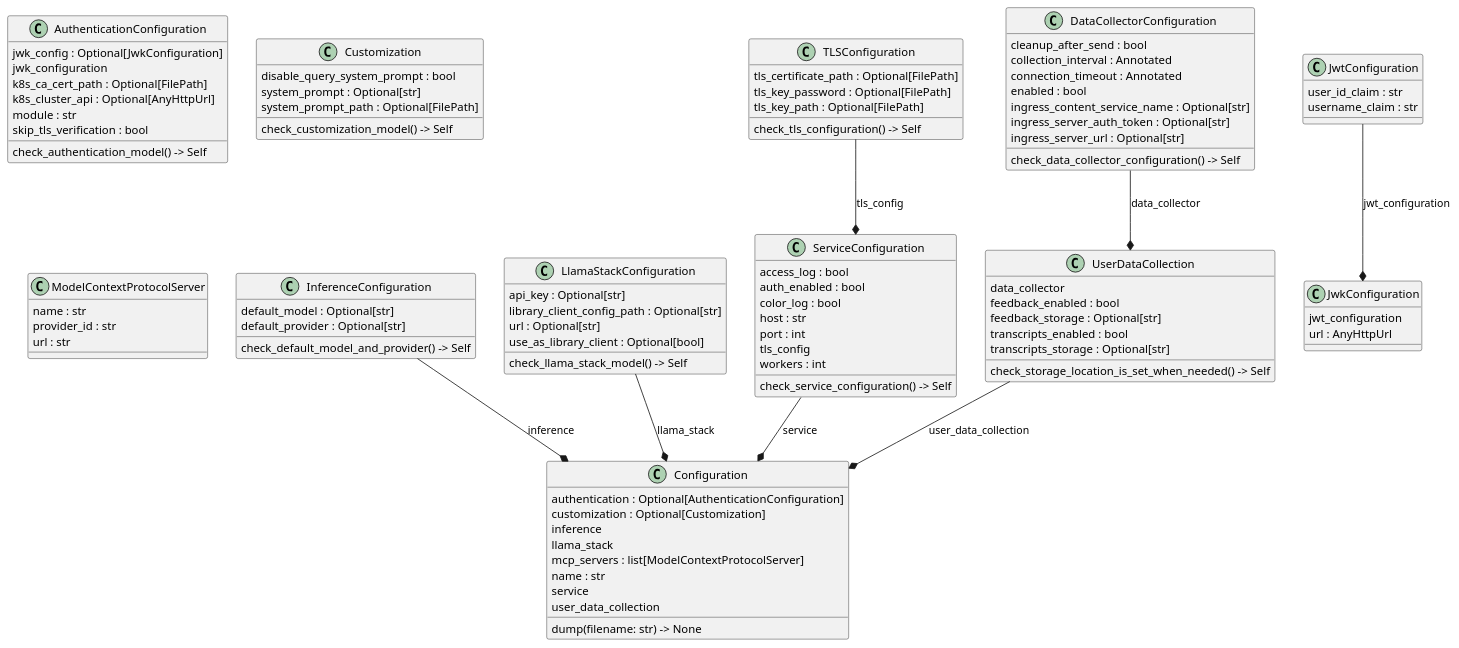
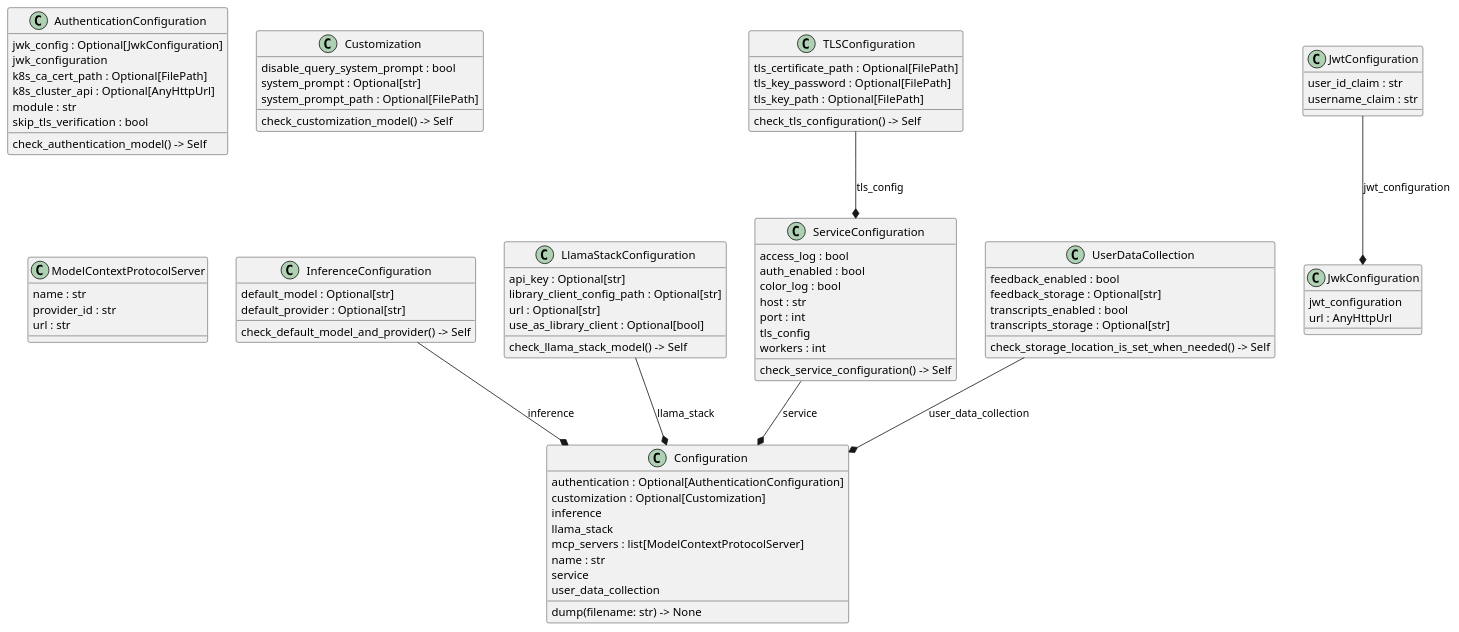
Before and after one commit to zszabo-rh/lightspeed-stack: the diagram in docs/config.puml, drawn with PlantUML. The commit also changed 18 other files, not shown here.

Commit message:
Remove data collector service

```diff
--- a/docs/config.puml
+++ b/docs/config.puml
@@ -1,95 +1,85 @@
 @startuml classes
 set namespaceSeparator none
 class "AuthenticationConfiguration" as src.models.config.AuthenticationConfiguration {
   jwk_config : Optional[JwkConfiguration]
   jwk_configuration
   k8s_ca_cert_path : Optional[FilePath]
   k8s_cluster_api : Optional[AnyHttpUrl]
   module : str
   skip_tls_verification : bool
   check_authentication_model() -> Self
 }
 class "Configuration" as src.models.config.Configuration {
   authentication : Optional[AuthenticationConfiguration]
   customization : Optional[Customization]
   inference
   llama_stack
   mcp_servers : list[ModelContextProtocolServer]
   name : str
   service
   user_data_collection
   dump(filename: str) -> None
 }
 class "Customization" as src.models.config.Customization {
   disable_query_system_prompt : bool
   system_prompt : Optional[str]
   system_prompt_path : Optional[FilePath]
   check_customization_model() -> Self
 }
-class "DataCollectorConfiguration" as src.models.config.DataCollectorConfiguration {
-  cleanup_after_send : bool
-  collection_interval : Annotated
-  connection_timeout : Annotated
-  enabled : bool
-  ingress_content_service_name : Optional[str]
-  ingress_server_auth_token : Optional[str]
-  ingress_server_url : Optional[str]
-  check_data_collector_configuration() -> Self
-}
+
 class "InferenceConfiguration" as src.models.config.InferenceConfiguration {
   default_model : Optional[str]
   default_provider : Optional[str]
   check_default_model_and_provider() -> Self
 }
 class "JwkConfiguration" as src.models.config.JwkConfiguration {
   jwt_configuration
   url : AnyHttpUrl
 }
 class "JwtConfiguration" as src.models.config.JwtConfiguration {
   user_id_claim : str
   username_claim : str
 }
 class "LlamaStackConfiguration" as src.models.config.LlamaStackConfiguration {
   api_key : Optional[str]
   library_client_config_path : Optional[str]
   url : Optional[str]
   use_as_library_client : Optional[bool]
   check_llama_stack_model() -> Self
 }
 class "ModelContextProtocolServer" as src.models.config.ModelContextProtocolServer {
   name : str
   provider_id : str
   url : str
 }
 class "ServiceConfiguration" as src.models.config.ServiceConfiguration {
   access_log : bool
   auth_enabled : bool
   color_log : bool
   host : str
   port : int
   tls_config
   workers : int
   check_service_configuration() -> Self
 }
 class "TLSConfiguration" as src.models.config.TLSConfiguration {
   tls_certificate_path : Optional[FilePath]
   tls_key_password : Optional[FilePath]
   tls_key_path : Optional[FilePath]
   check_tls_configuration() -> Self
 }
 class "UserDataCollection" as src.models.config.UserDataCollection {
-  data_collector
   feedback_enabled : bool
   feedback_storage : Optional[str]
   transcripts_enabled : bool
   transcripts_storage : Optional[str]
   check_storage_location_is_set_when_needed() -> Self
 }
-src.models.config.DataCollectorConfiguration --* src.models.config.UserDataCollection : data_collector
+
 src.models.config.InferenceConfiguration --* src.models.config.Configuration : inference
 src.models.config.JwtConfiguration --* src.models.config.JwkConfiguration : jwt_configuration
 src.models.config.LlamaStackConfiguration --* src.models.config.Configuration : llama_stack
 src.models.config.ServiceConfiguration --* src.models.config.Configuration : service
 src.models.config.TLSConfiguration --* src.models.config.ServiceConfiguration : tls_config
 src.models.config.UserDataCollection --* src.models.config.Configuration : user_data_collection
 @enduml
```
